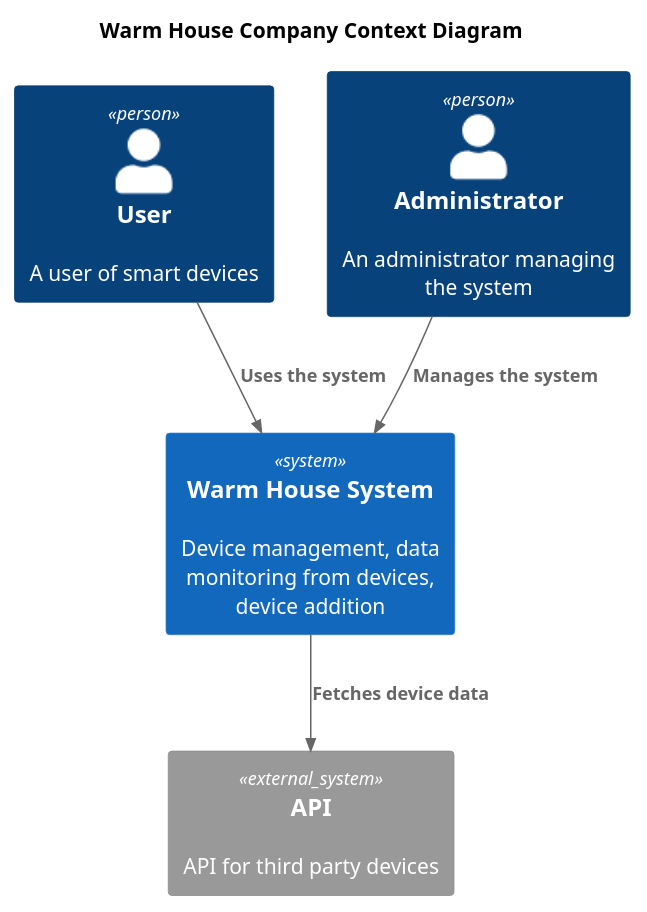
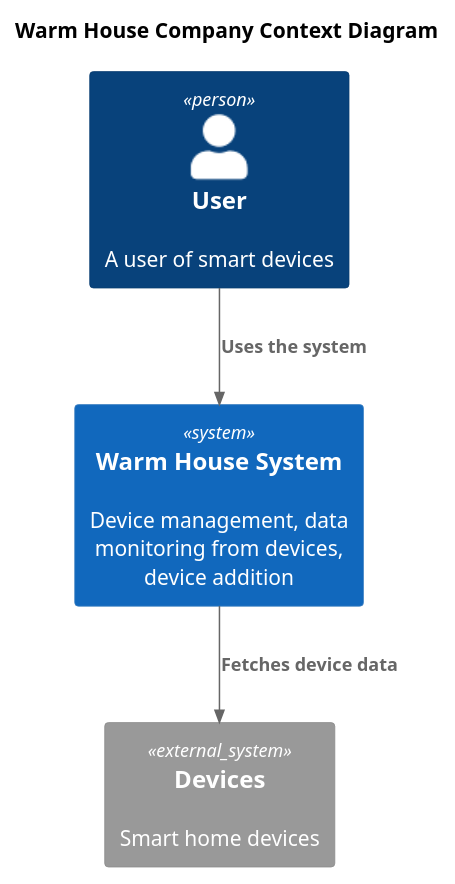
The diagram in MyContext.puml (WebGatsby/Sprint-1), drawn with PlantUML before and after one commit. The commit also changed 20 other files, not shown here.

```diff
--- a/MyContext.puml
+++ b/MyContext.puml
@@ -1,18 +1,16 @@
 @startuml
 title Warm House Company Context Diagram
 
 top to bottom direction
 
 !include C4_Context.puml
 
 Person(user, "User", "A user of smart devices")
-Person(admin, "Administrator", "An administrator managing the system")
 System(FitLifeSystem, "Warm House System", "Device management, data monitoring from devices, device addition")
 
-System_Ext(api, "API", "API for third party devices")
+System_Ext(api, "Devices", "Smart home devices")
 
 Rel(user, FitLifeSystem, "Uses the system")
-Rel(admin,FitLifeSystem,"Manages the system")
 Rel(FitLifeSystem,api,"Fetches device data")
 
 @enduml
```
